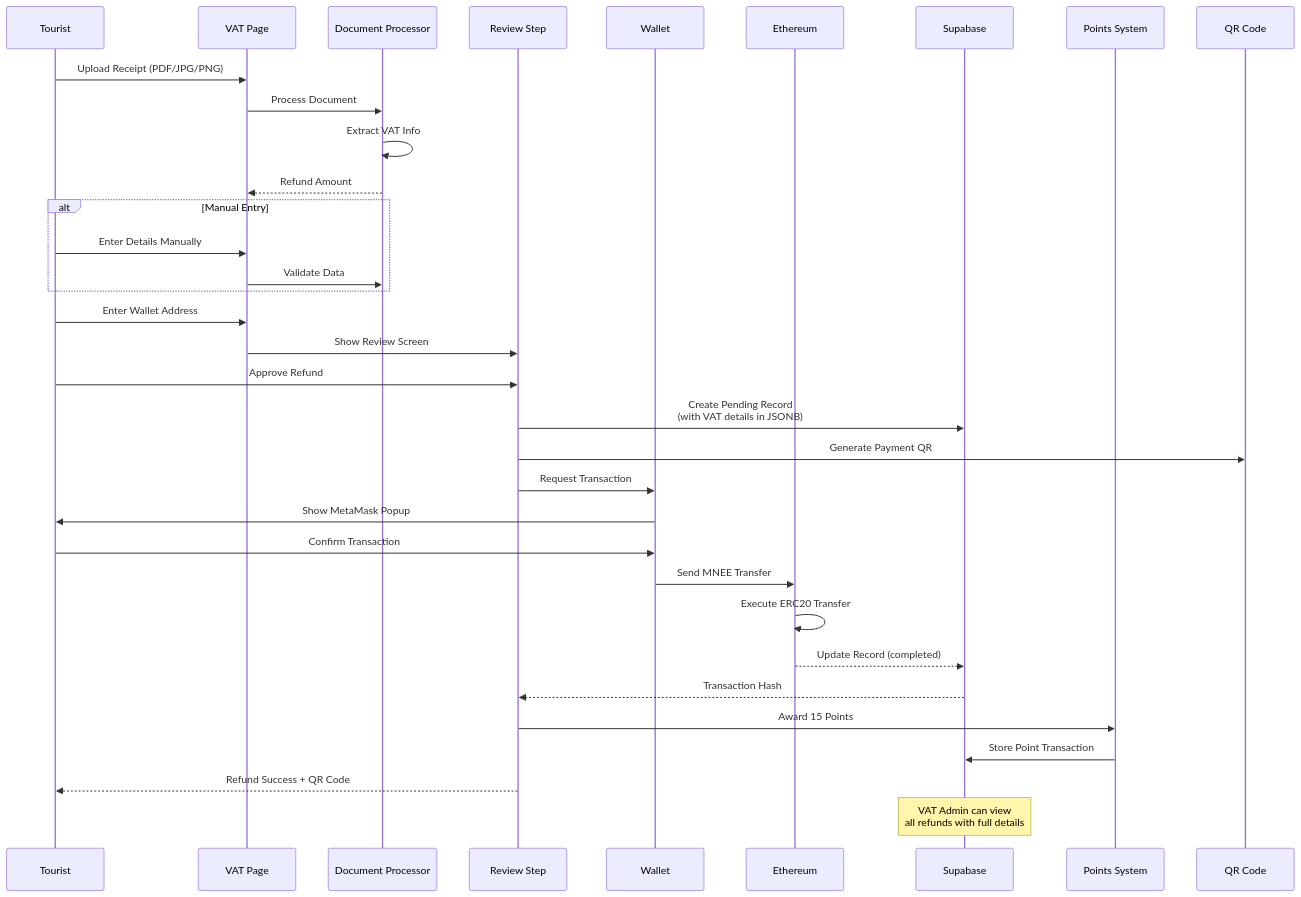
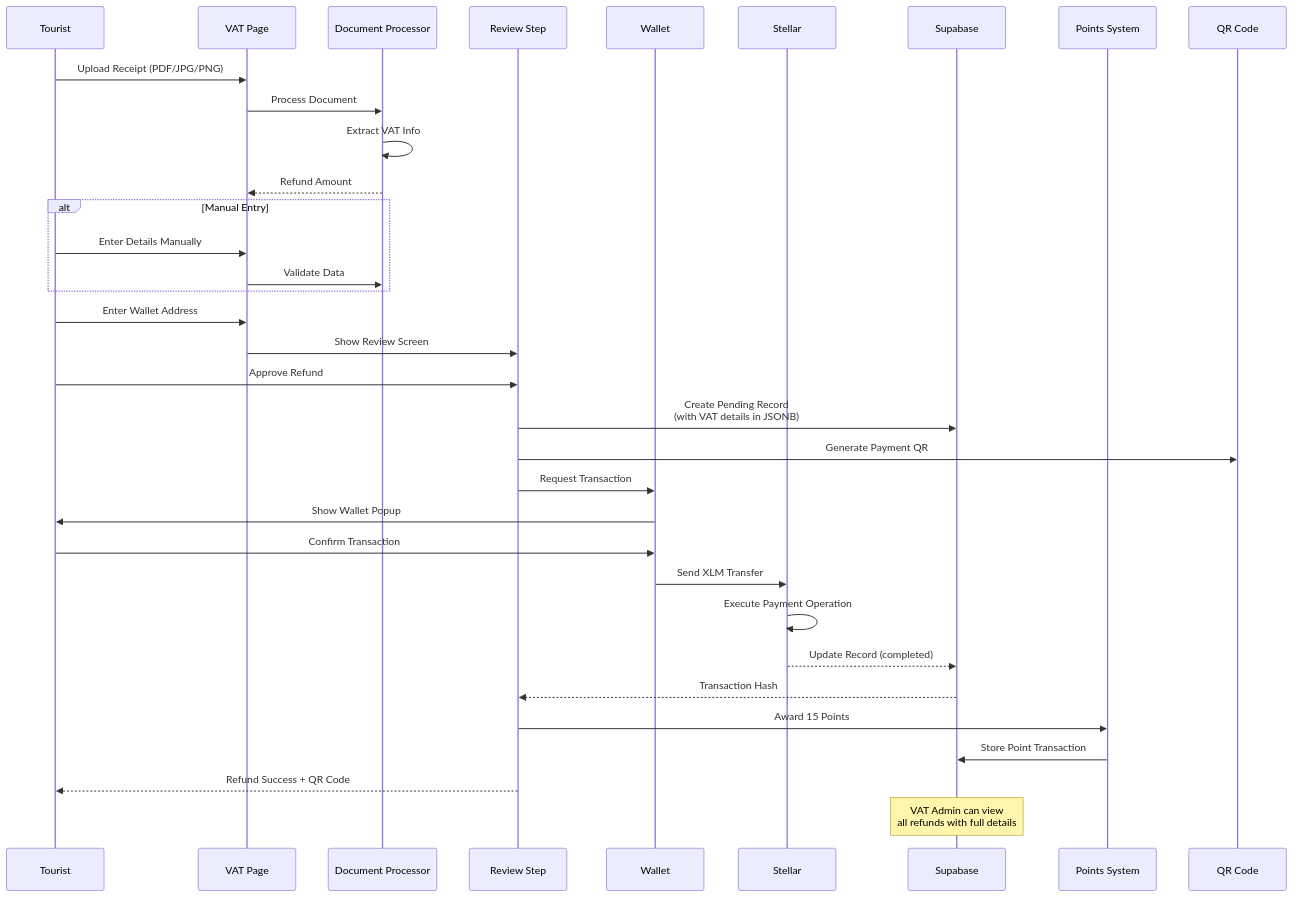
The fourth of 10 diagrams in README.md (AmaanSayyad/Gemetra-Stellar), drawn with Mermaid before and after one commit. The commit also changed other lines of this file and 57 other files, not shown here.

````diff
--- a/README.md
+++ b/README.md
@@ -263,42 +268,42 @@
 ```mermaid
 sequenceDiagram
     participant Tourist
     participant VAT Page
     participant Document Processor
     participant Review Step
     participant Wallet
-    participant Ethereum
+    participant Stellar
     participant Supabase
     participant Points System
     participant QR Code
 
     Tourist->>VAT Page: Upload Receipt (PDF/JPG/PNG)
     VAT Page->>Document Processor: Process Document
     Document Processor->>Document Processor: Extract VAT Info
     Document Processor-->>VAT Page: Refund Amount
     
     alt Manual Entry
         Tourist->>VAT Page: Enter Details Manually
         VAT Page->>Document Processor: Validate Data
     end
     
     Tourist->>VAT Page: Enter Wallet Address
     VAT Page->>Review Step: Show Review Screen
     Tourist->>Review Step: Approve Refund
     
     Review Step->>Supabase: Create Pending Record<br/>(with VAT details in JSONB)
     Review Step->>QR Code: Generate Payment QR
     Review Step->>Wallet: Request Transaction
-    Wallet->>Tourist: Show MetaMask Popup
+    Wallet->>Tourist: Show Wallet Popup
     Tourist->>Wallet: Confirm Transaction
-    Wallet->>Ethereum: Send MNEE Transfer
+    Wallet->>Stellar: Send XLM Transfer
     
-    Ethereum->>Ethereum: Execute ERC20 Transfer
-    Ethereum-->>Supabase: Update Record (completed)
+    Stellar->>Stellar: Execute Payment Operation
+    Stellar-->>Supabase: Update Record (completed)
     Supabase-->>Review Step: Transaction Hash
     Review Step->>Points System: Award 15 Points
     Points System->>Supabase: Store Point Transaction
     Review Step-->>Tourist: Refund Success + QR Code
     
     Note over Supabase: VAT Admin can view<br/>all refunds with full details
 ```
````
